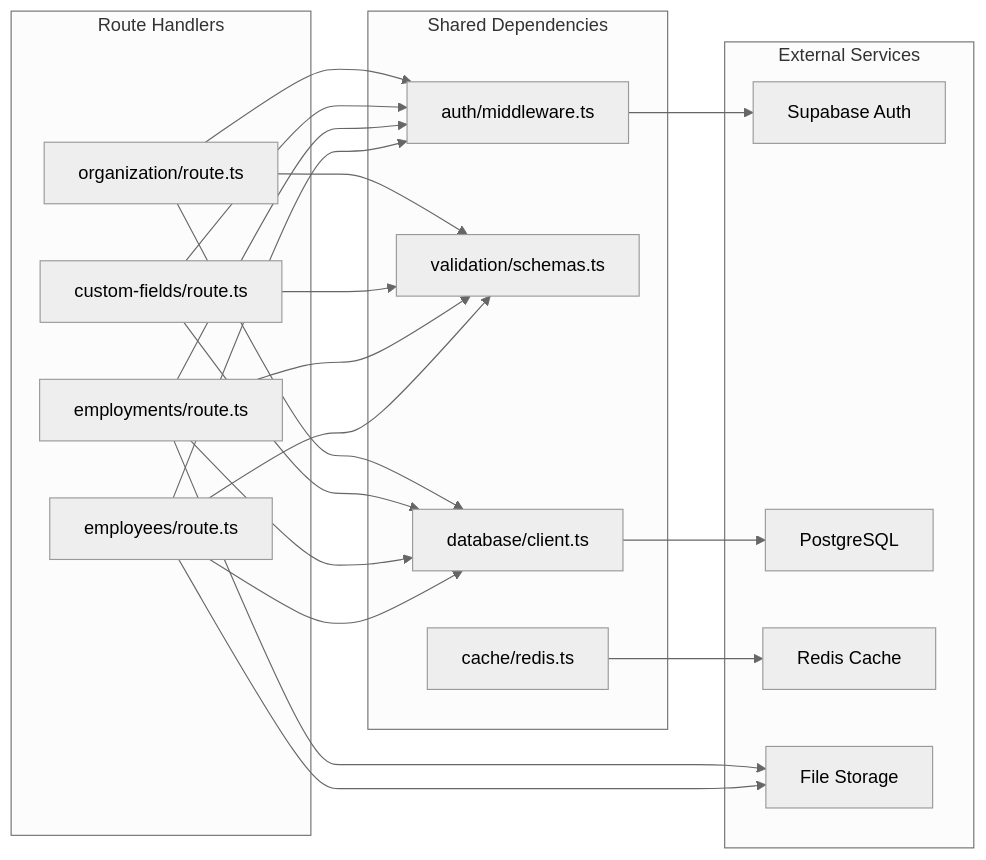
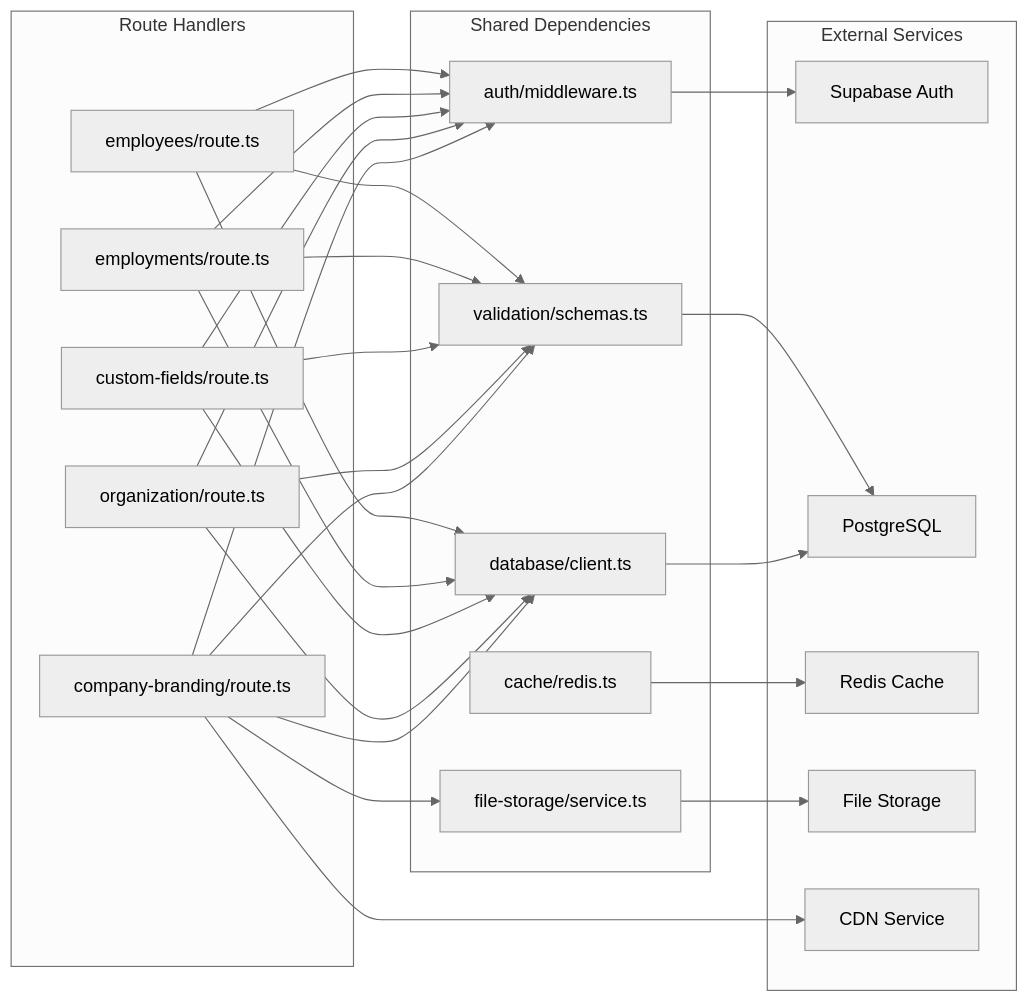
The seventh of 8 diagrams in .qoder/repowiki/en/content/Architecture Overview/Backend Architecture/API Routes Architecture.md (EdwinCycling/LiquidHR), drawn with Mermaid (neutral theme) before and after one commit. The commit also changed other lines of this file and 73 other files, not shown here.

````diff
--- a/.qoder/repowiki/en/content/Architecture Overview/Backend Architecture/API Routes Architecture.md
+++ b/.qoder/repowiki/en/content/Architecture Overview/Backend Architecture/API Routes Architecture.md
@@ -344,38 +413,46 @@
 ```mermaid
 graph LR
 subgraph "Route Handlers"
 A["employees/route.ts"]
 B["employments/route.ts"]
 C["custom-fields/route.ts"]
 D["organization/route.ts"]
+E["company-branding/route.ts"]
 end
 subgraph "Shared Dependencies"
-E["auth/middleware.ts"]
-F["validation/schemas.ts"]
-G["database/client.ts"]
-H["cache/redis.ts"]
+F["auth/middleware.ts"]
+G["validation/schemas.ts"]
+H["database/client.ts"]
+I["cache/redis.ts"]
+J["file-storage/service.ts"]
 end
 subgraph "External Services"
-I["Supabase Auth"]
-J["PostgreSQL"]
-K["Redis Cache"]
-L["File Storage"]
+K["Supabase Auth"]
+L["PostgreSQL"]
+M["Redis Cache"]
+N["File Storage"]
+O["CDN Service"]
 end
-A --> E
 A --> F
 A --> G
-B --> E
+A --> H
 B --> F
 B --> G
-C --> E
+B --> H
 C --> F
 C --> G
-D --> E
+C --> H
 D --> F
 D --> G
-E --> I
-G --> J
-H --> K
-A --> L
-B --> L
+D --> H
+E --> F
+E --> G
+E --> H
+E --> J
+F --> K
+G --> L
+H --> L
+I --> M
+J --> N
+E --> O
 ```
````
